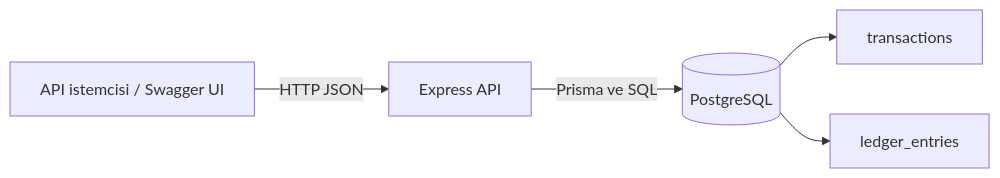
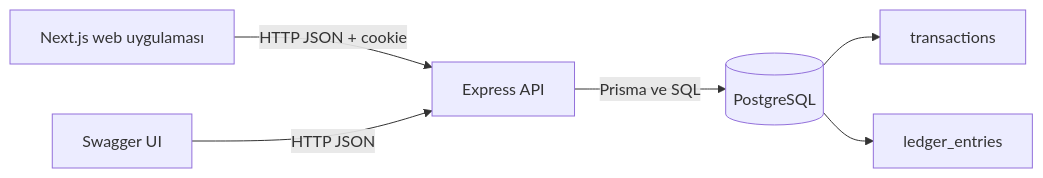
The diagram in README.md (Ethemkizilyer/fintrack), drawn with Mermaid before and after one commit. The commit also changed other lines of this file, not shown here.

````diff
--- a/README.md
+++ b/README.md
@@ -20,7 +22,8 @@
 ```mermaid
 flowchart LR
-    Client[API istemcisi / Swagger UI] -->|HTTP JSON| API[Express API]
+    Web[Next.js web uygulaması] -->|HTTP JSON + cookie| API[Express API]
+    Client[Swagger UI] -->|HTTP JSON| API
     API -->|Prisma ve SQL| DB[(PostgreSQL)]
     DB --> Transactions[transactions]
     DB --> Ledger[ledger_entries]
 ```
````
